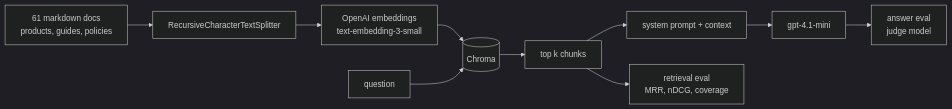
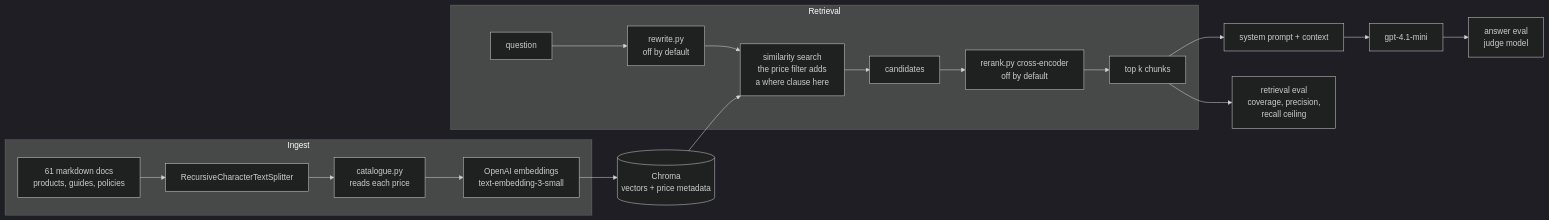
The diagram in README.md (raghu619/stylesense-rag), drawn with Mermaid (dark theme) before and after one commit. The commit also changed other lines of this file, not shown here.

````diff
--- a/README.md
+++ b/README.md
@@ -236,12 +75,25 @@
 ```mermaid
 flowchart LR
-    A[61 markdown docs<br/>products, guides, policies] --> B[RecursiveCharacterTextSplitter]
-    B --> C[OpenAI embeddings<br/>text-embedding-3-small]
-    C --> D[(Chroma)]
-    E[question] --> D
-    D --> F[top k chunks]
-    F --> G[system prompt + context]
-    G --> H[gpt-4.1-mini]
-    F --> I[retrieval eval<br/>MRR, nDCG, coverage]
-    H --> J[answer eval<br/>judge model]
+    subgraph Ingest
+        A["61 markdown docs<br/>products, guides, policies"] --> B["RecursiveCharacterTextSplitter"]
+        B --> P["catalogue.py<br/>reads each price"]
+        P --> C["OpenAI embeddings<br/>text-embedding-3-small"]
+    end
+
+    C --> D[("Chroma<br/>vectors + price metadata")]
+
+    subgraph Retrieval
+        E["question"] --> W["rewrite.py<br/>off by default"]
+        W --> S["similarity search<br/>the price filter adds<br/>a where clause here"]
+        S --> N["candidates"]
+        N --> R["rerank.py cross-encoder<br/>off by default"]
+        R --> K["top k chunks"]
+    end
+
+    D --> S
+
+    K --> G["system prompt + context"]
+    G --> H["gpt-4.1-mini"]
+    K --> I["retrieval eval<br/>coverage, precision,<br/>recall ceiling"]
+    H --> J["answer eval<br/>judge model"]
 ```
````
